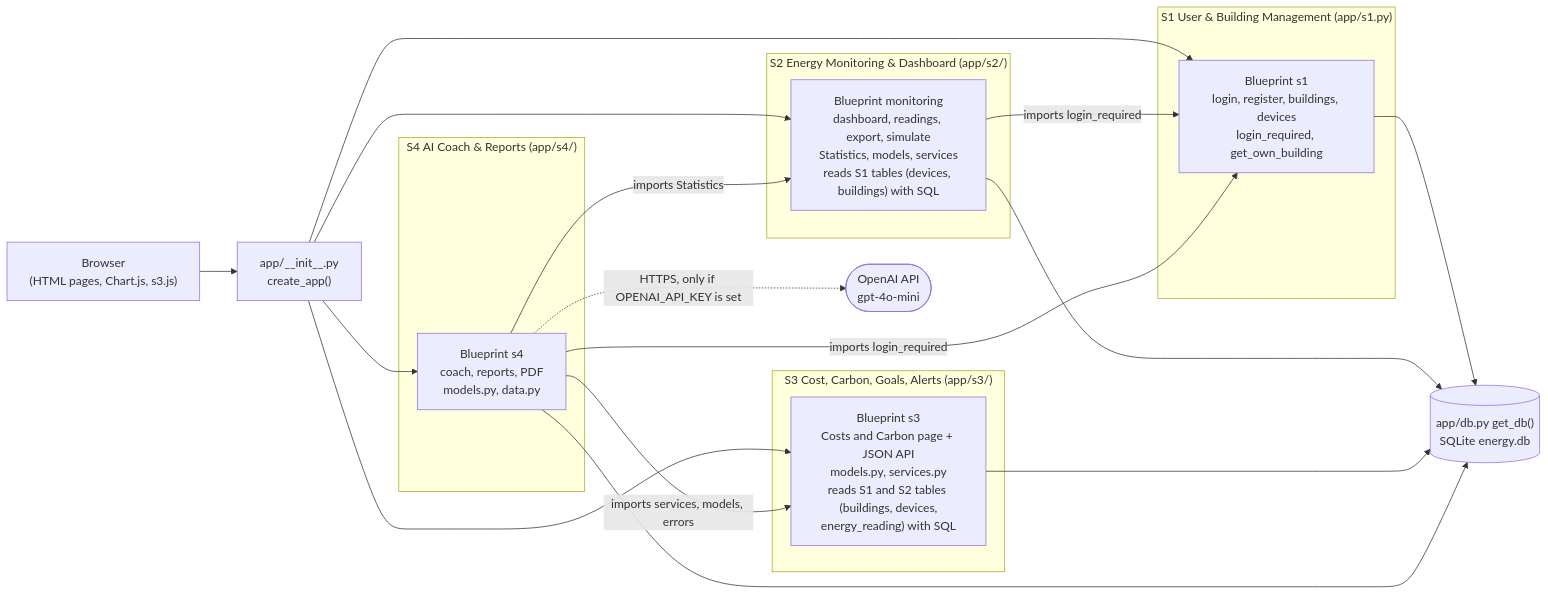
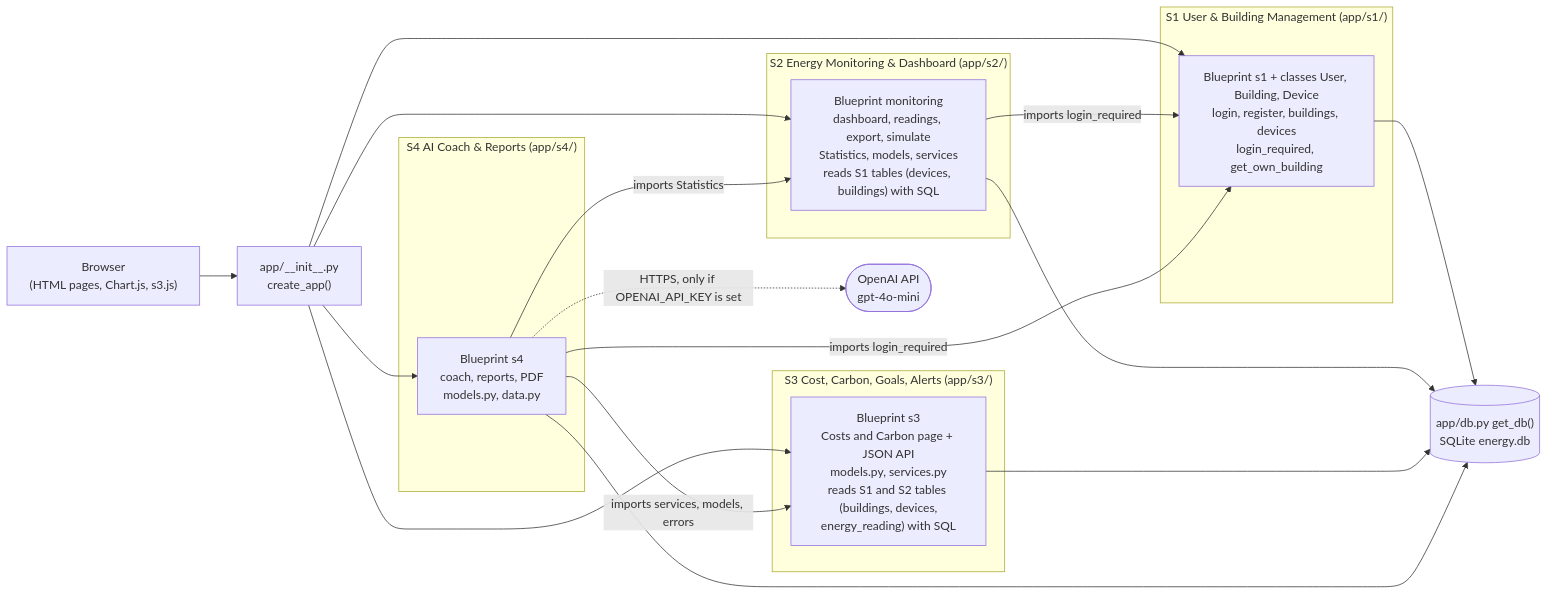
One commit to Wajihah-Kainat/Smart-energy-management changed the second of 6 diagrams in README.md. Above: the diagram before and after it, drawn with Mermaid. The commit also changed other lines of this file and 6 other files, not shown here.

Commit message:
S1 as a package with classes User, Building, Device; README and diagrams updated

````diff
--- a/README.md
+++ b/README.md
@@ -450,34 +452,34 @@
 ```mermaid
 flowchart LR
     Browser["Browser<br/>(HTML pages, Chart.js, s3.js)"]
     Factory["app/__init__.py<br/>create_app()"]
-    subgraph S1["S1 User & Building Management (app/s1.py)"]
-        s1["Blueprint s1<br/>login, register, buildings, devices<br/>login_required, get_own_building"]
+    subgraph S1["S1 User & Building Management (app/s1/)"]
+        s1["Blueprint s1 + classes User, Building, Device<br/>login, register, buildings, devices<br/>login_required, get_own_building"]
     end
     subgraph S2["S2 Energy Monitoring & Dashboard (app/s2/)"]
         s2["Blueprint monitoring<br/>dashboard, readings, export, simulate<br/>Statistics, models, services<br/>reads S1 tables (devices, buildings) with SQL"]
     end
     subgraph S3["S3 Cost, Carbon, Goals, Alerts (app/s3/)"]
         s3["Blueprint s3<br/>Costs and Carbon page + JSON API<br/>models.py, services.py<br/>reads S1 and S2 tables (buildings, devices,<br/>energy_reading) with SQL"]
     end
     subgraph S4["S4 AI Coach & Reports (app/s4/)"]
         s4["Blueprint s4<br/>coach, reports, PDF<br/>models.py, data.py"]
     end
     DB[("app/db.py get_db()<br/>SQLite energy.db")]
     OpenAI(["OpenAI API<br/>gpt-4o-mini"])
 
     Browser --> Factory
     Factory --> s1
     Factory --> s2
     Factory --> s3
     Factory --> s4
     s1 --> DB
     s2 --> DB
     s3 --> DB
     s4 --> DB
     s2 -- "imports login_required" --> s1
     s4 -- "imports login_required" --> s1
     s4 -- "imports Statistics" --> s2
     s4 -- "imports services, models, errors" --> s3
     s4 -. "HTTPS, only if OPENAI_API_KEY is set" .-> OpenAI
 ```
````
